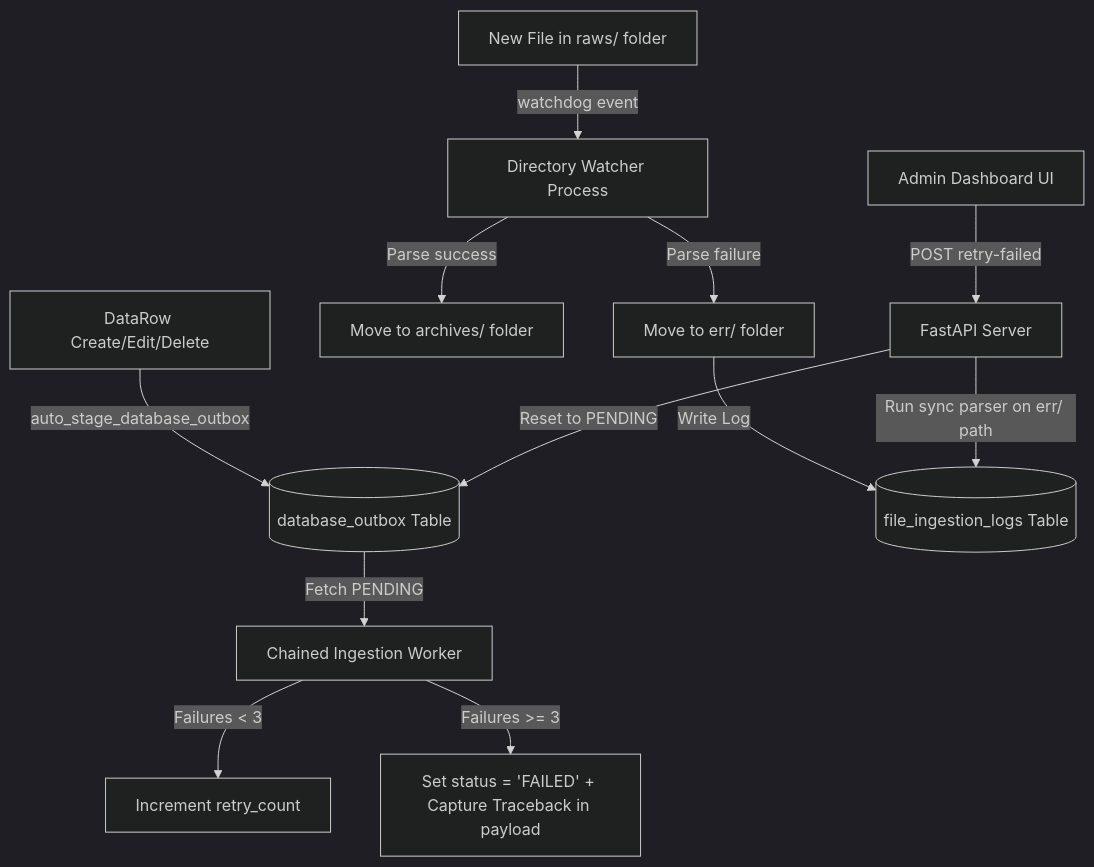
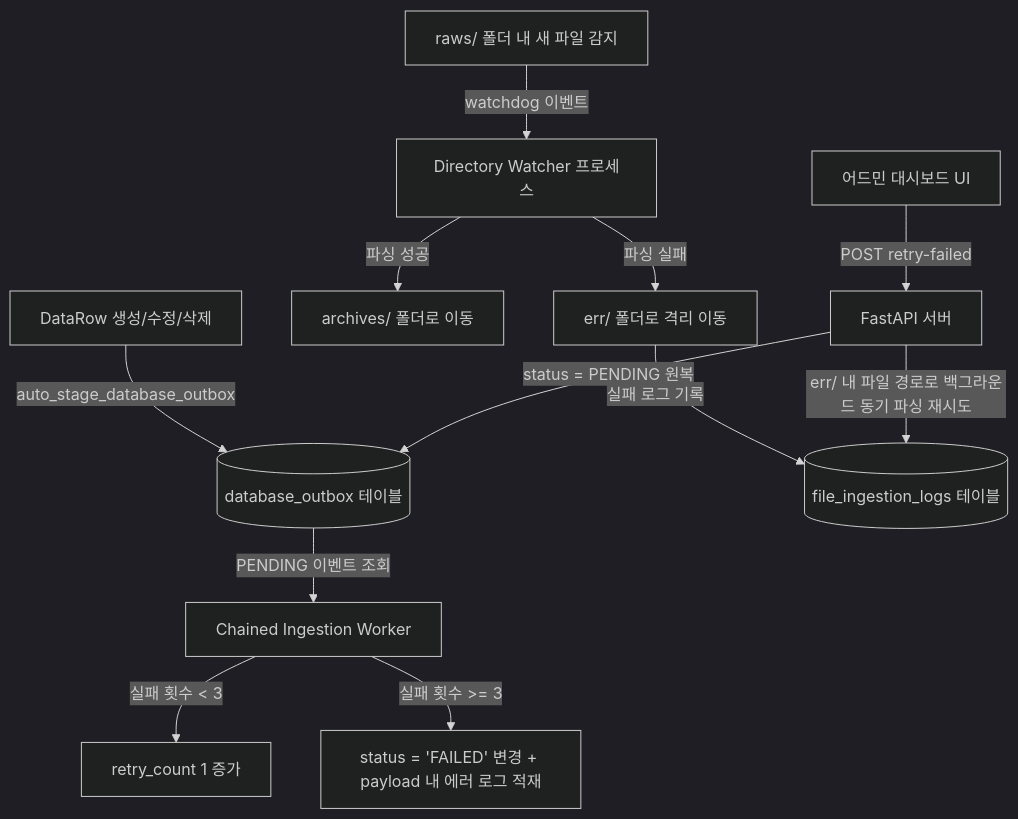
The diagram in docs/spec/FAILURE_MANAGEMENT_SPEC.md (tiger4432/tableManager), drawn with Mermaid (dark theme) before and after one commit. The commit also changed other lines of this file and 1 other file, not shown here.

Commit message:
feat: capture traceback on outbox failure and translate specs to Korean

````diff
--- a/docs/spec/FAILURE_MANAGEMENT_SPEC.md
+++ b/docs/spec/FAILURE_MANAGEMENT_SPEC.md
@@ -13,19 +13,19 @@
 ```mermaid
 graph TD
     %% Outbox Pipeline %%
-    DataRowUpdate[DataRow Create/Edit/Delete] -->|auto_stage_database_outbox| DBOutbox[(database_outbox Table)]
-    DBOutbox -->|Fetch PENDING| ChainWorker[Chained Ingestion Worker]
-    ChainWorker -->|Failures < 3| IncrementRetry[Increment retry_count]
-    ChainWorker -->|Failures >= 3| QuarantineOutbox[Set status = 'FAILED' + Capture Traceback in payload]
+    DataRowUpdate[DataRow 생성/수정/삭제] -->|auto_stage_database_outbox| DBOutbox[(database_outbox 테이블)]
+    DBOutbox -->|PENDING 이벤트 조회| ChainWorker[Chained Ingestion Worker]
+    ChainWorker -->|실패 횟수 < 3| IncrementRetry[retry_count 1 증가]
+    ChainWorker -->|실패 횟수 >= 3| QuarantineOutbox[status = 'FAILED' 변경 + payload 내 에러 로그 적재]
     
     %% File Pipeline %%
-    RawFile[New File in raws/ folder] -->|watchdog event| Watcher[Directory Watcher Process]
-    Watcher -->|Parse success| ArchiveFile[Move to archives/ folder]
-    Watcher -->|Parse failure| ErrFile[Move to err/ folder]
-    ErrFile -->|Write Log| IngestLog[(file_ingestion_logs Table)]
+    RawFile[raws/ 폴더 내 새 파일 감지] -->|watchdog 이벤트| Watcher[Directory Watcher 프로세스]
+    Watcher -->|파싱 성공| ArchiveFile[archives/ 폴더로 이동]
+    Watcher -->|파싱 실패| ErrFile[err/ 폴더로 격리 이동]
+    ErrFile -->|실패 로그 기록| IngestLog[(file_ingestion_logs 테이블)]
     
     %% Admin Replay %%
-    Dashboard[Admin Dashboard UI] -->|POST retry-failed| MainAPI[FastAPI Server]
-    MainAPI -->|Reset to PENDING| DBOutbox
-    MainAPI -->|Run sync parser on err/ path| IngestLog
+    Dashboard[어드민 대시보드 UI] -->|POST retry-failed| MainAPI[FastAPI 서버]
+    MainAPI -->|status = PENDING 원복| DBOutbox
+    MainAPI -->|err/ 내 파일 경로로 백그라운드 동기 파싱 재시도| IngestLog
 ```
````
